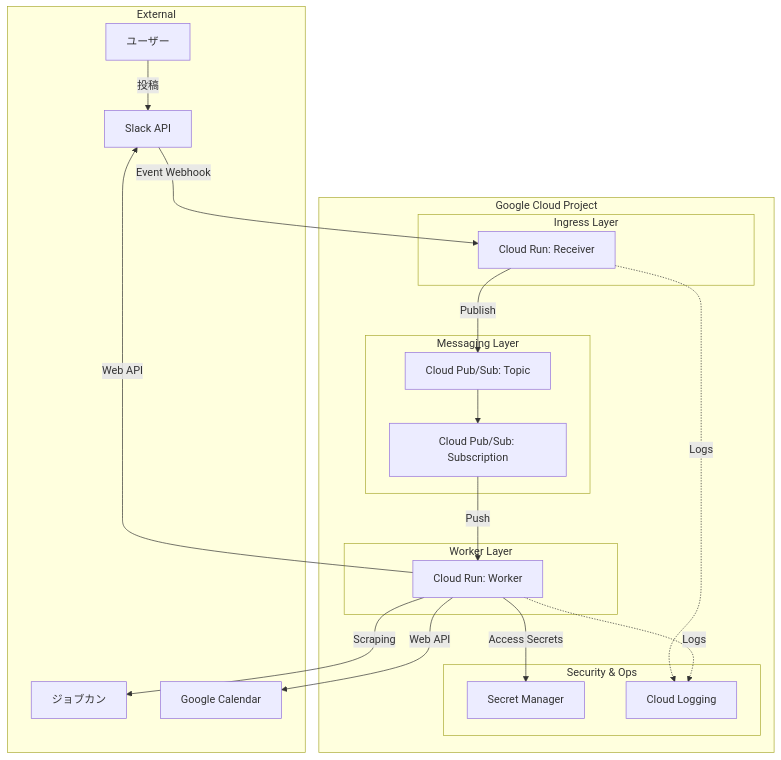
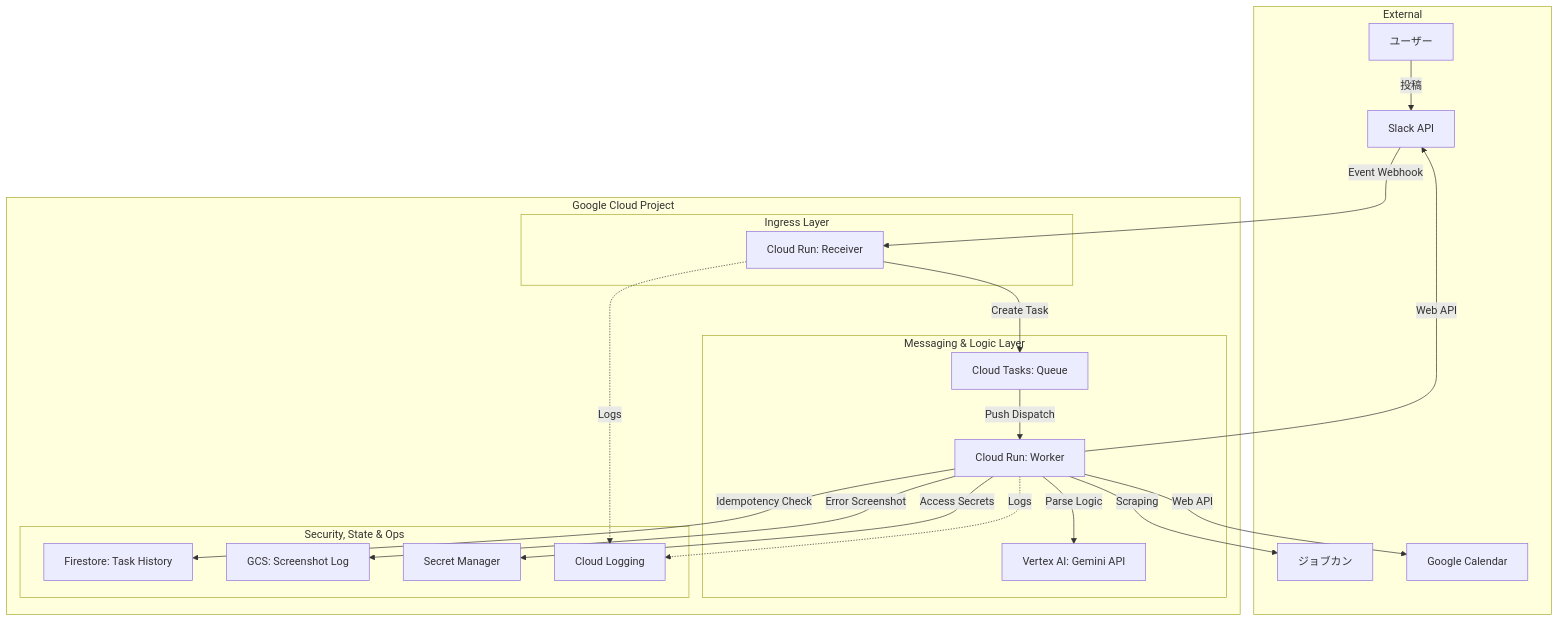
One commit to ea-Mitsuoka/kintai-sync changed the second of 3 diagrams in requirements.md. Above: the diagram before and after it, drawn with Mermaid. The commit also changed other lines of this file, not shown here.

First line of the commit message:
docs(arch): update requirements with advanced architecture (v2.0.0)

````diff
--- a/requirements.md
+++ b/requirements.md
@@ -73,43 +76,44 @@
 ```mermaid
 graph TB
     subgraph "External"
         U["ユーザー"]
         Slack["Slack API"]
         Jobcan["ジョブカン"]
         GCal["Google Calendar"]
     end
 
     subgraph "Google Cloud Project"
         subgraph "Ingress Layer"
             Receiver["Cloud Run: Receiver"]
         end
 
-        subgraph "Messaging Layer"
-            Topic["Cloud Pub/Sub: Topic"]
-            Sub["Cloud Pub/Sub: Subscription"]
+        subgraph "Messaging & Logic Layer"
+            Tasks["Cloud Tasks: Queue"]
+            Worker["Cloud Run: Worker"]
+            LLM["Vertex AI: Gemini API"]
         end
 
-        subgraph "Worker Layer"
-            Worker["Cloud Run: Worker"]
-        end
-
-        subgraph "Security & Ops"
+        subgraph "Security, State & Ops"
+            Firestore["Firestore: Task History"]
+            GCS["GCS: Screenshot Log"]
             Secret["Secret Manager"]
             Logging["Cloud Logging"]
         end
     end
 
     U -->|"投稿"| Slack
     Slack -->|"Event Webhook"| Receiver
-    Receiver -->|"Publish"| Topic
-    Topic --> Sub
-    Sub -->|"Push"| Worker
+    Receiver -->|"Create Task"| Tasks
+    Tasks -->|"Push Dispatch"| Worker
 
+    Worker -->|"Parse Logic"| LLM
+    Worker -->|"Idempotency Check"| Firestore
+    Worker -->|"Error Screenshot"| GCS
     Worker -->|"Access Secrets"| Secret
     Worker -->|"Scraping"| Jobcan
     Worker -->|"Web API"| Slack
     Worker -->|"Web API"| GCal
 
     Receiver -.->|"Logs"| Logging
     Worker -.->|"Logs"| Logging
 ```
````
